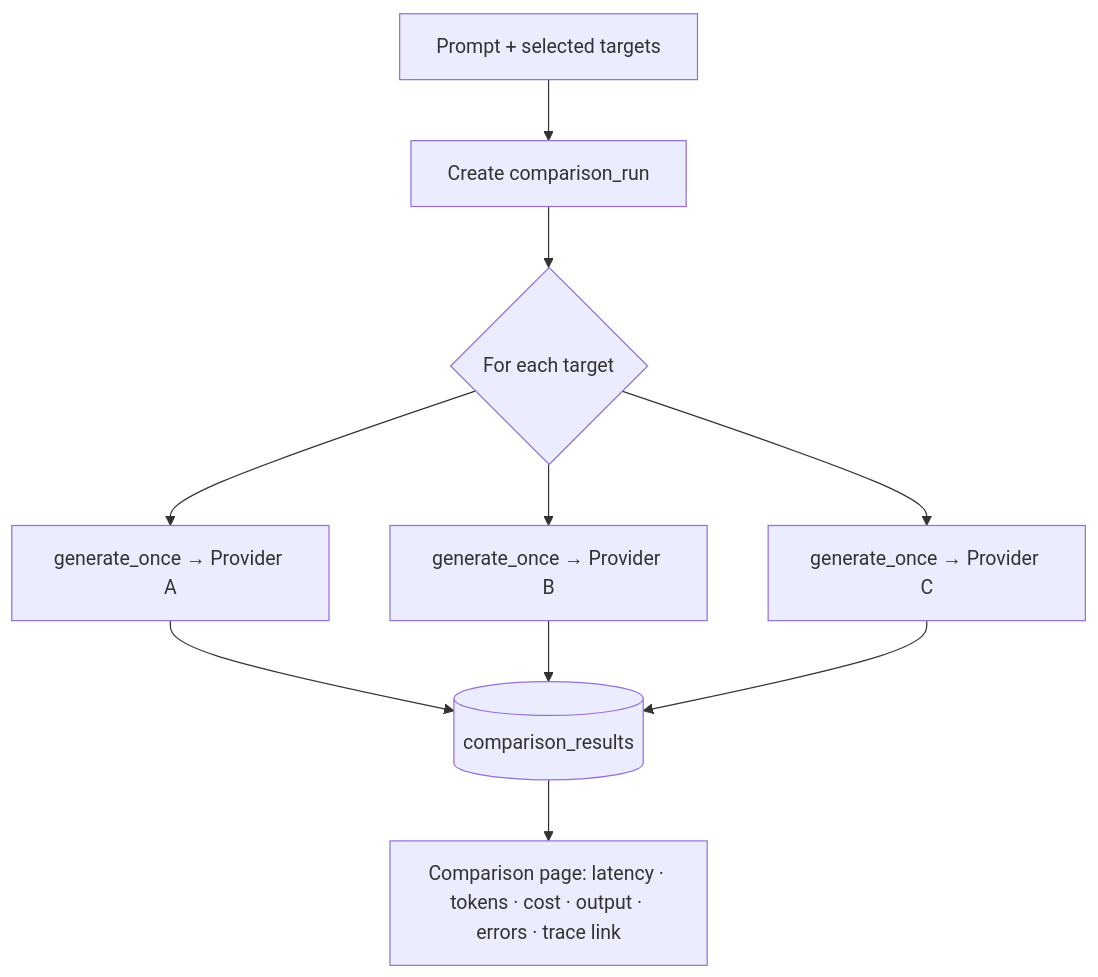
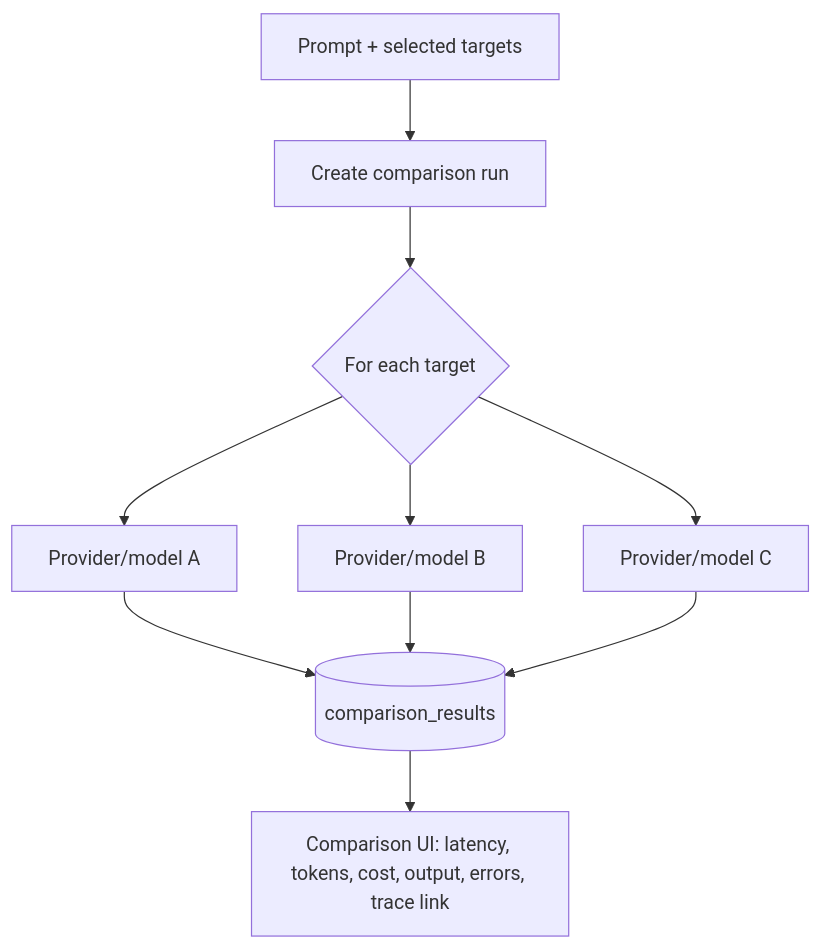
One commit to Gupta2708/InferLens changed the fourth of 4 diagrams in README.md. Above: the diagram before and after it, drawn with Mermaid. The commit also changed other lines of this file, not shown here.

````diff
--- a/README.md
+++ b/README.md
@@ -156,12 +125,12 @@
 ```mermaid
 flowchart TB
-    P[Prompt + selected targets] --> RUN[Create comparison_run]
-    RUN --> FAN{For each target}
-    FAN --> G1[generate_once → Provider A]
-    FAN --> G2[generate_once → Provider B]
-    FAN --> G3[generate_once → Provider C]
-    G1 --> R[(comparison_results)]
-    G2 --> R
-    G3 --> R
-    R --> UI[Comparison page: latency · tokens · cost · output · errors · trace link]
+    Prompt[Prompt + selected targets] --> Run[Create comparison run]
+    Run --> Fanout{For each target}
+    Fanout --> A[Provider/model A]
+    Fanout --> B[Provider/model B]
+    Fanout --> C[Provider/model C]
+    A --> Results[(comparison_results)]
+    B --> Results
+    C --> Results
+    Results --> UI[Comparison UI: latency, tokens, cost, output, errors, trace link]
 ```
````
